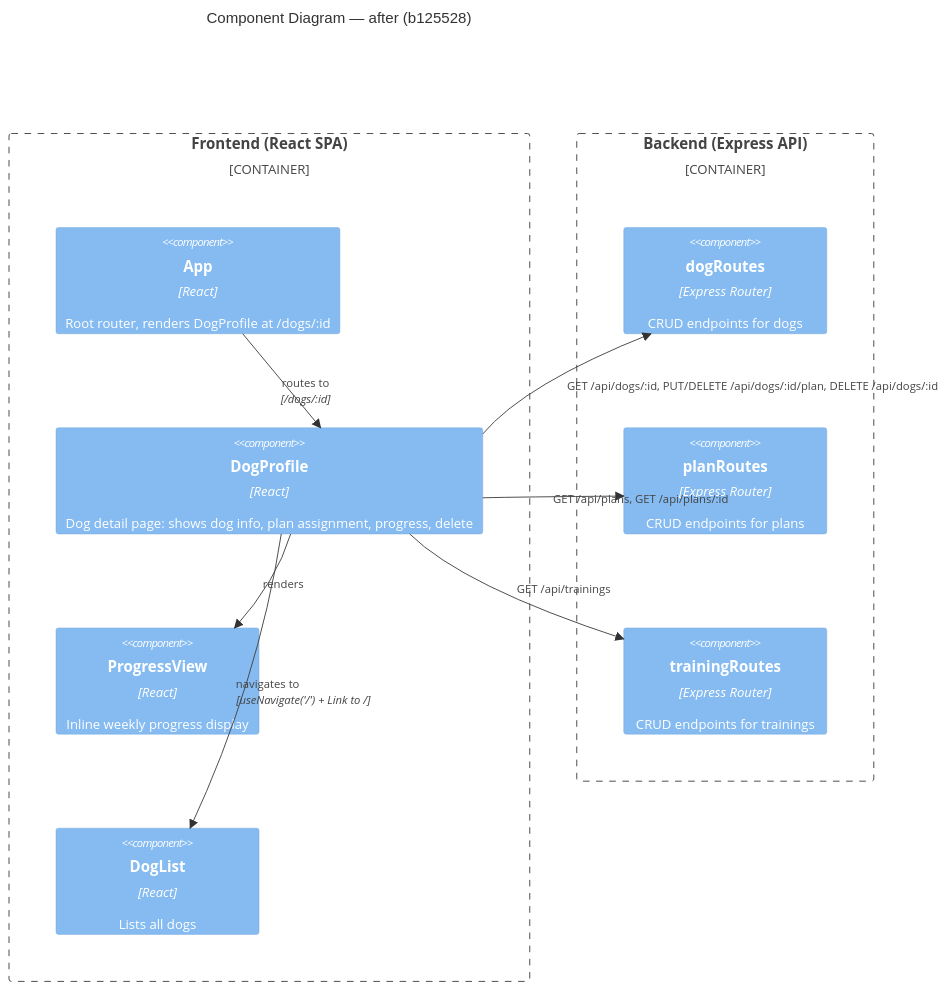
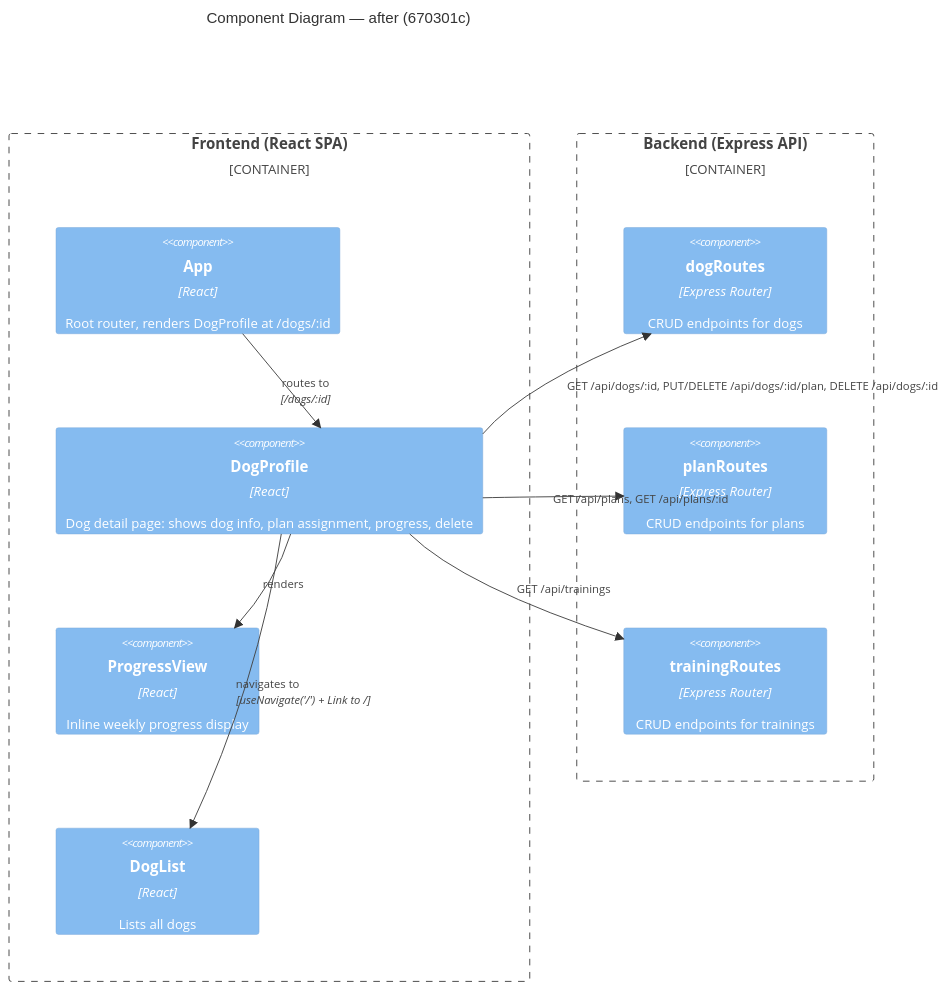
Before and after one commit to jovaneyck/software-factory-demo: the diagram in artifacts/after.component.md, drawn with Mermaid. The commit also changed other lines of this file and 1 other file, not shown here.

Commit message:
docs: update architecture artifact head references to final PR commit

````diff
--- a/artifacts/after.component.md
+++ b/artifacts/after.component.md
@@ -5,24 +5,24 @@
 ```mermaid
 C4Component
-  title Component Diagram — after (b125528)
+  title Component Diagram — after (670301c)
 
   Container_Boundary(frontend, "Frontend (React SPA)") {
     Component(app, "App", "React", "Root router, renders DogProfile at /dogs/:id")
     Component(dogProfile, "DogProfile", "React", "Dog detail page: shows dog info, plan assignment, progress, delete")
     Component(progressView, "ProgressView", "React", "Inline weekly progress display")
     Component(dogList, "DogList", "React", "Lists all dogs")
   }
 
   Container_Boundary(backend, "Backend (Express API)") {
     Component(dogRoutes, "dogRoutes", "Express Router", "CRUD endpoints for dogs")
     Component(planRoutes, "planRoutes", "Express Router", "CRUD endpoints for plans")
     Component(trainingRoutes, "trainingRoutes", "Express Router", "CRUD endpoints for trainings")
   }
 
   Rel(app, dogProfile, "routes to", "/dogs/:id")
   Rel(dogProfile, progressView, "renders")
   Rel(dogProfile, dogRoutes, "GET /api/dogs/:id, PUT/DELETE /api/dogs/:id/plan, DELETE /api/dogs/:id")
   Rel(dogProfile, planRoutes, "GET /api/plans, GET /api/plans/:id")
   Rel(dogProfile, trainingRoutes, "GET /api/trainings")
   Rel(dogProfile, dogList, "navigates to", "useNavigate('/') + Link to /")
 ```
````
